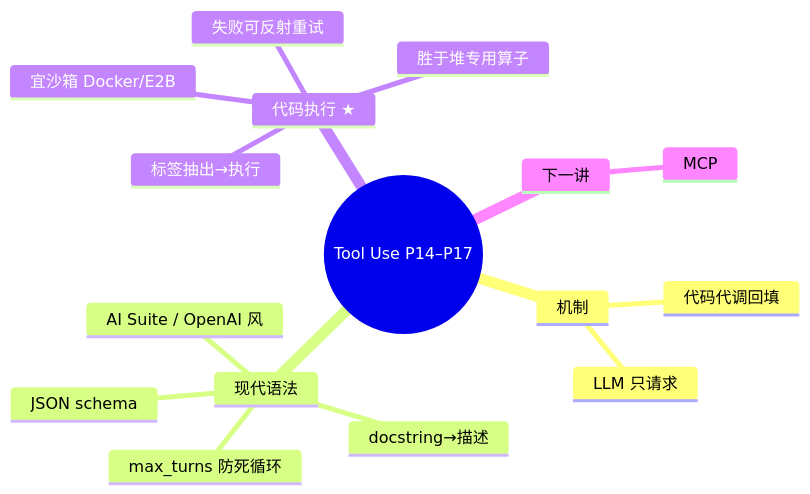
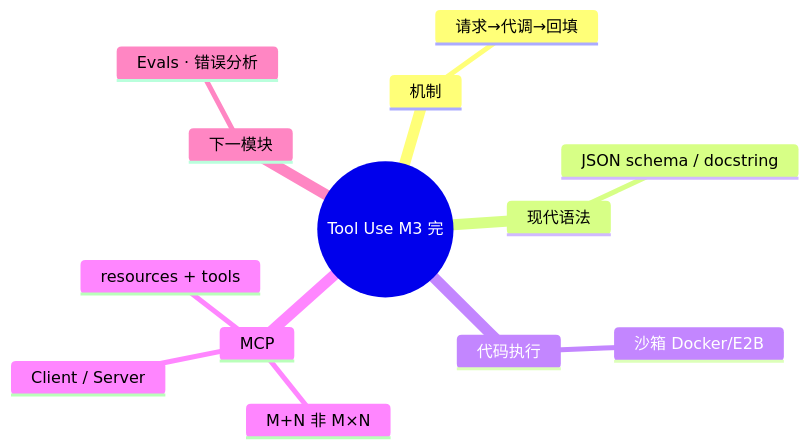
Diagram 54 of 54 in 3 学习笔记/11_Agent/02_Agentic.md (xiyan517/MyObsidian), drawn with Mermaid before and after one commit. The commit also changed other lines of this file and 4 other files, not shown here.

````diff
--- a/3 学习笔记/11_Agent/02_Agentic.md
+++ b/3 学习笔记/11_Agent/02_Agentic.md
@@ -1530,19 +1590,16 @@
 ```mermaid
 mindmap
-  root((Tool Use P14–P17))
+  root((Tool Use M3 完))
     机制
-      LLM 只请求
-      代码代调回填
+      请求→代调→回填
     现代语法
-      JSON schema
-      docstring→描述
-      AI Suite / OpenAI 风
-      max_turns 防死循环
-    代码执行 ★
-      胜于堆专用算子
-      标签抽出→执行
-      失败可反射重试
-      宜沙箱 Docker/E2B
-    下一讲
-      MCP
+      JSON schema / docstring
+    代码执行
+      沙箱 Docker/E2B
+    MCP
+      M+N 非 M×N
+      Client / Server
+      resources + tools
+    下一模块
+      Evals · 错误分析
 ```
````
